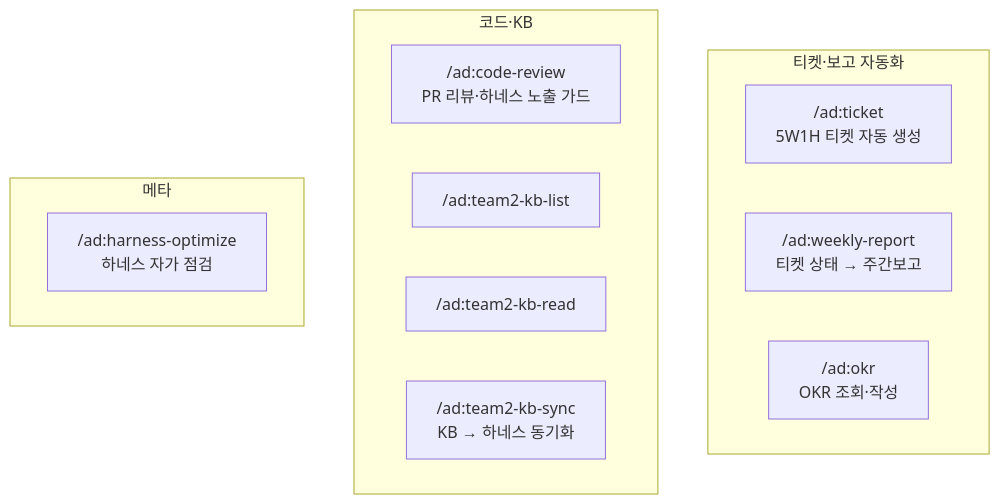
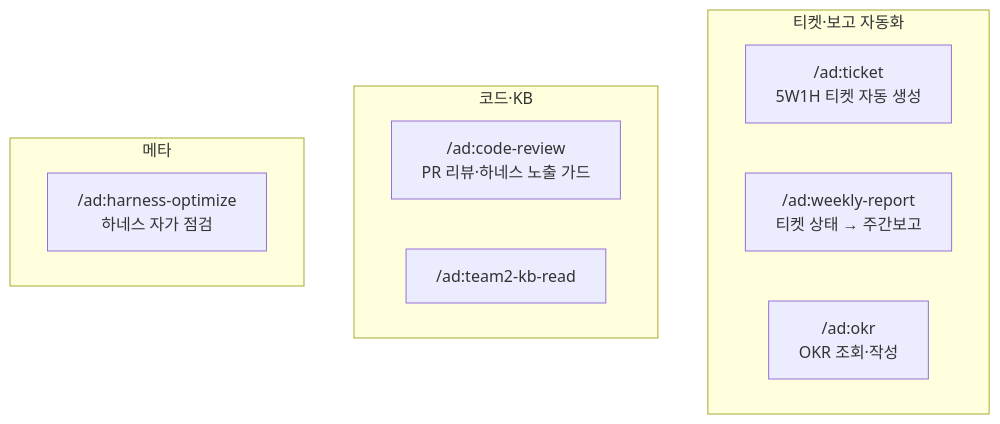
One commit to jmkim-aladin/team2-harness changed the third of 8 diagrams in docs/team-harness-design.md. Above: the diagram before and after it, drawn with Mermaid. The commit also changed other lines of this file and 77 other files, not shown here.

First line of the commit message:
[TEAM2] 하네스 전체 최적화 — 중복 제거, 문체 통일, 퇴적물 정리

````diff
--- a/docs/team-harness-design.md
+++ b/docs/team-harness-design.md
@@ -186,17 +186,15 @@
 ```mermaid
 graph TB
     subgraph TICKETS ["티켓·보고 자동화"]
         S1["/ad:ticket<br/>5W1H 티켓 자동 생성"]
         S2["/ad:weekly-report<br/>티켓 상태 → 주간보고"]
         S3["/ad:okr<br/>OKR 조회·작성"]
     end
     subgraph CODE ["코드·KB"]
         S4["/ad:code-review<br/>PR 리뷰·하네스 노출 가드"]
-        S5["/ad:team2-kb-list"]
         S6["/ad:team2-kb-read"]
-        S7["/ad:team2-kb-sync<br/>KB → 하네스 동기화"]
     end
     subgraph META ["메타"]
         S8["/ad:harness-optimize<br/>하네스 자가 점검"]
     end
 ```
````
